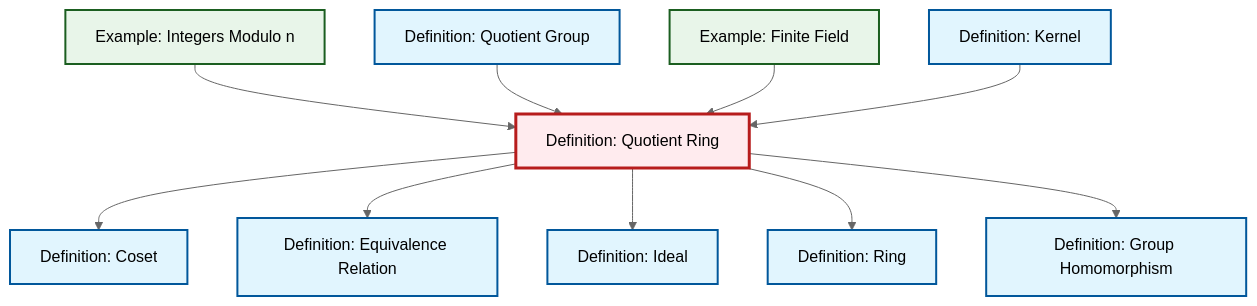
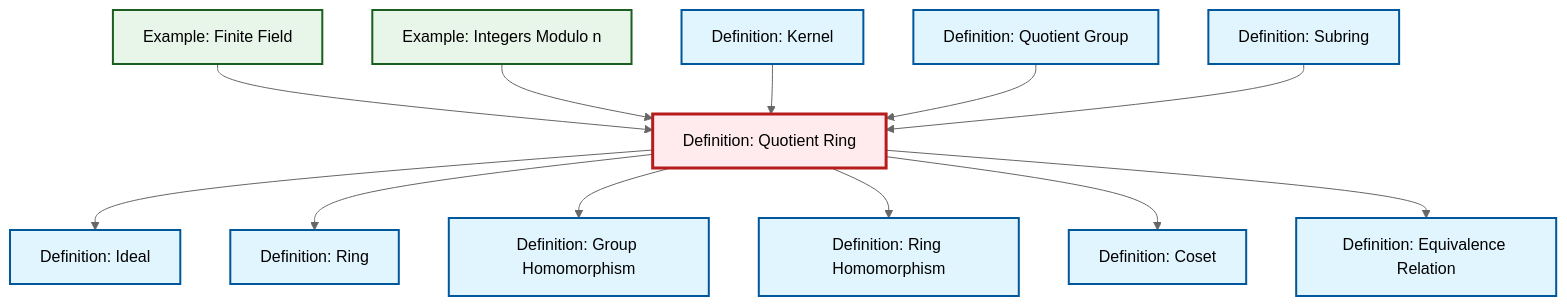
The diagram in content/ja/algebra/def-quotient-ring.qmd (RK0429/ModernMath), drawn with Mermaid (neutral theme) before and after one commit. The commit also changed other lines of this file and 619 other files, not shown here.

````diff
--- a/content/ja/algebra/def-quotient-ring.qmd
+++ b/content/ja/algebra/def-quotient-ring.qmd
@@ -80,38 +81,44 @@
 ```{mermaid}
 %%| fig-cap: "Local dependency graph"
 graph TD
     classDef definition fill:#e1f5fe,stroke:#01579b,stroke-width:2px
     classDef theorem fill:#f3e5f5,stroke:#4a148c,stroke-width:2px
     classDef axiom fill:#fff3e0,stroke:#e65100,stroke-width:2px
     classDef example fill:#e8f5e9,stroke:#1b5e20,stroke-width:2px
     classDef current fill:#ffebee,stroke:#b71c1c,stroke-width:3px
     ex-finite-field["Example: Finite Field"]:::example
+    def-ring-homomorphism["Definition: Ring Homomorphism"]:::definition
+    def-kernel["Definition: Kernel"]:::definition
+    def-ideal["Definition: Ideal"]:::definition
+    def-quotient-group["Definition: Quotient Group"]:::definition
+    def-equivalence-relation["Definition: Equivalence Relation"]:::definition
+    def-coset["Definition: Coset"]:::definition
+    def-subring["Definition: Subring"]:::definition
     ex-quotient-integers-mod-n["Example: Integers Modulo n"]:::example
-    def-ideal["Definition: Ideal"]:::definition
+    def-quotient-ring["Definition: Quotient Ring"]:::definition
     def-homomorphism["Definition: Group Homomorphism"]:::definition
-    def-equivalence-relation["Definition: Equivalence Relation"]:::definition
-    def-quotient-ring["Definition: Quotient Ring"]:::definition
-    def-coset["Definition: Coset"]:::definition
     def-ring["Definition: Ring"]:::definition
-    def-kernel["Definition: Kernel"]:::definition
-    def-quotient-group["Definition: Quotient Group"]:::definition
-    ex-quotient-integers-mod-n --> def-quotient-ring
-    def-quotient-ring --> def-coset
-    def-quotient-group --> def-quotient-ring
-    def-quotient-ring --> def-equivalence-relation
     def-quotient-ring --> def-ideal
     ex-finite-field --> def-quotient-ring
+    def-quotient-ring --> def-ring
+    ex-quotient-integers-mod-n --> def-quotient-ring
+    def-quotient-ring --> def-homomorphism
     def-kernel --> def-quotient-ring
-    def-quotient-ring --> def-ring
-    def-quotient-ring --> def-homomorphism
+    def-quotient-group --> def-quotient-ring
+    def-quotient-ring --> def-ring-homomorphism
+    def-subring --> def-quotient-ring
+    def-quotient-ring --> def-coset
+    def-quotient-ring --> def-equivalence-relation
     class def-quotient-ring current
     click ex-finite-field "ex-finite-field.html" "Example: Finite Fieldへ"
-    click ex-quotient-integers-mod-n "ex-quotient-integers-mod-n.html" "Example: Integers Modulo nへ"
+    click def-ring-homomorphism "def-ring-homomorphism.html" "Definition: Ring Homomorphismへ"
+    click def-kernel "def-kernel.html" "Definition: Kernelへ"
     click def-ideal "def-ideal.html" "Definition: Idealへ"
-    click def-homomorphism "def-homomorphism.html" "Definition: Group Homomorphismへ"
+    click def-quotient-group "def-quotient-group.html" "Definition: Quotient Groupへ"
     click def-equivalence-relation "def-equivalence-relation.html" "Definition: Equivalence Relationへ"
     click def-coset "def-coset.html" "Definition: Cosetへ"
+    click def-subring "def-subring.html" "Definition: Subringへ"
+    click ex-quotient-integers-mod-n "ex-quotient-integers-mod-n.html" "Example: Integers Modulo nへ"
+    click def-homomorphism "def-homomorphism.html" "Definition: Group Homomorphismへ"
     click def-ring "def-ring.html" "Definition: Ringへ"
-    click def-kernel "def-kernel.html" "Definition: Kernelへ"
-    click def-quotient-group "def-quotient-group.html" "Definition: Quotient Groupへ"
 ```
````
